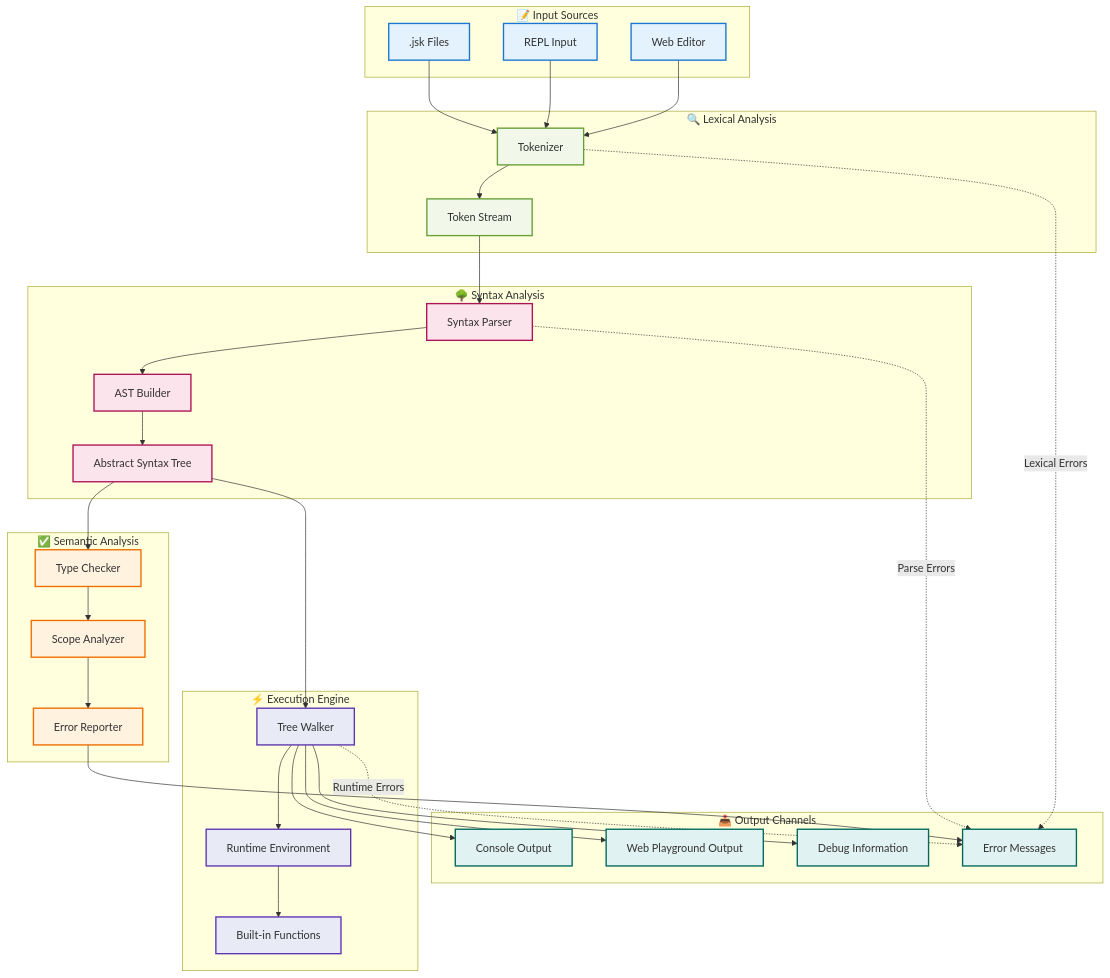
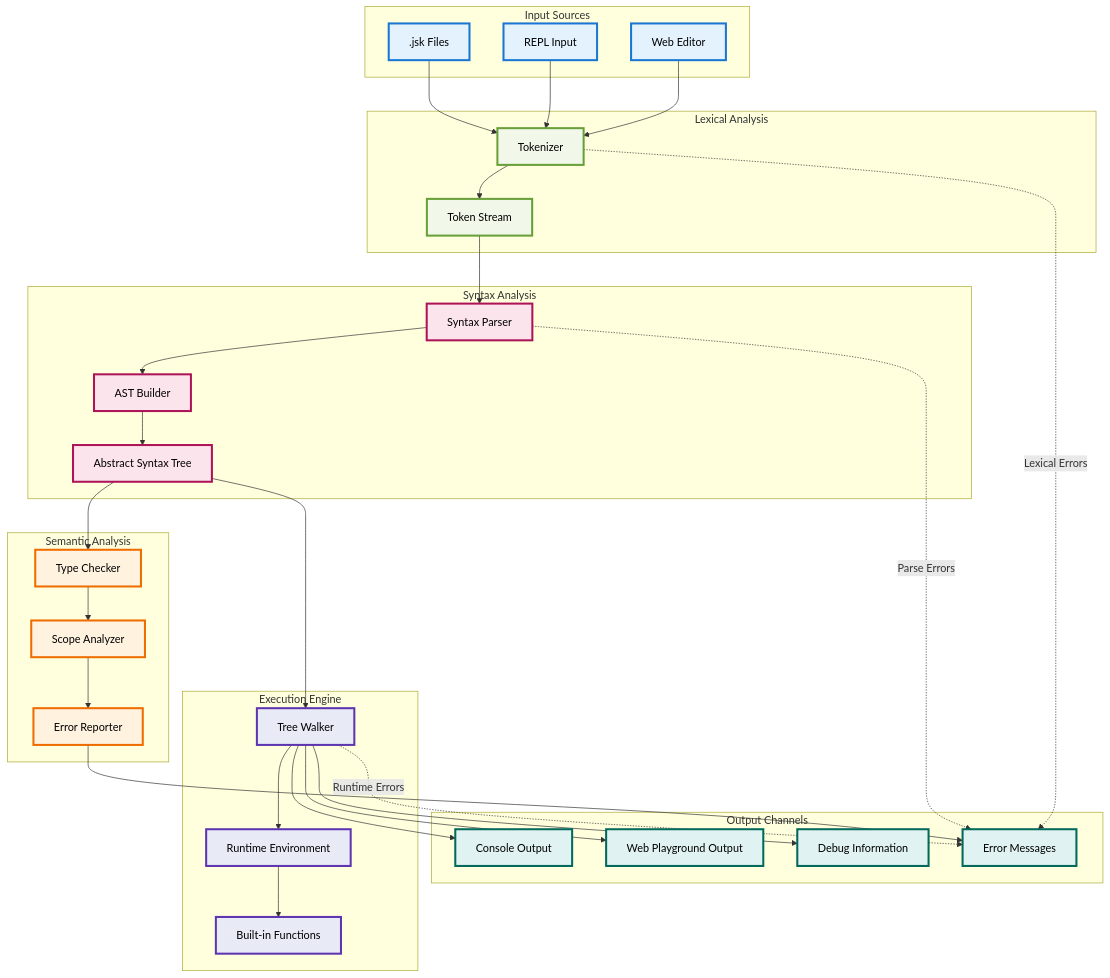
Before and after one commit to sanketmuchhala/Gujju.py: the second of 4 diagrams in README.md, drawn with Mermaid. The commit also changed other lines of this file, not shown here.

First line of the commit message:
Fix Mermaid diagram visibility and remove emojis for better readability

````diff
--- a/README.md
+++ b/README.md
@@ -115,82 +115,82 @@
 ```mermaid
 flowchart TD
-    subgraph "📝 Input Sources"
+    subgraph "Input Sources"
         File[".jsk Files"]
         REPL_Input[REPL Input]
         Web_Editor[Web Editor]
     end
 
-    subgraph "🔍 Lexical Analysis"
+    subgraph "Lexical Analysis"
         Tokenizer[Tokenizer]
         TokenStream[Token Stream]
     end
 
-    subgraph "🌳 Syntax Analysis"
+    subgraph "Syntax Analysis"
         SyntaxParser[Syntax Parser]
         ASTBuilder[AST Builder]
         SyntaxTree[Abstract Syntax Tree]
     end
 
-    subgraph "✅ Semantic Analysis"
+    subgraph "Semantic Analysis"
         TypeChecker[Type Checker]
         ScopeAnalyzer[Scope Analyzer]
         ErrorReporter[Error Reporter]
     end
 
-    subgraph "⚡ Execution Engine"
+    subgraph "Execution Engine"
         TreeWalker[Tree Walker]
         RuntimeEnv[Runtime Environment]
         BuiltinFunctions[Built-in Functions]
     end
 
-    subgraph "📤 Output Channels"
+    subgraph "Output Channels"
         Console[Console Output]
         WebOutput[Web Playground Output]
         ErrorOutput[Error Messages]
         DebugInfo[Debug Information]
     end
 
     %% Data Flow
     File --> Tokenizer
     REPL_Input --> Tokenizer
     Web_Editor --> Tokenizer
 
     Tokenizer --> TokenStream
     TokenStream --> SyntaxParser
 
     SyntaxParser --> ASTBuilder
     ASTBuilder --> SyntaxTree
 
     SyntaxTree --> TypeChecker
     TypeChecker --> ScopeAnalyzer
     ScopeAnalyzer --> ErrorReporter
 
     SyntaxTree --> TreeWalker
     TreeWalker --> RuntimeEnv
     RuntimeEnv --> BuiltinFunctions
 
     TreeWalker --> Console
     TreeWalker --> WebOutput
     ErrorReporter --> ErrorOutput
     TreeWalker --> DebugInfo
 
     %% Error handling flows
     Tokenizer -.->|Lexical Errors| ErrorOutput
     SyntaxParser -.->|Parse Errors| ErrorOutput
     TreeWalker -.->|Runtime Errors| ErrorOutput
 
     %% Styling
-    classDef input fill:#e3f2fd,stroke:#1976d2,stroke-width:2px
-    classDef lexical fill:#f1f8e9,stroke:#689f38,stroke-width:2px
-    classDef syntax fill:#fce4ec,stroke:#ad1457,stroke-width:2px
-    classDef semantic fill:#fff3e0,stroke:#ef6c00,stroke-width:2px
-    classDef execution fill:#e8eaf6,stroke:#5e35b1,stroke-width:2px
-    classDef output fill:#e0f2f1,stroke:#00695c,stroke-width:2px
+    classDef input fill:#e3f2fd,stroke:#1976d2,stroke-width:3px,color:#000
+    classDef lexical fill:#f1f8e9,stroke:#689f38,stroke-width:3px,color:#000
+    classDef syntax fill:#fce4ec,stroke:#ad1457,stroke-width:3px,color:#000
+    classDef semantic fill:#fff3e0,stroke:#ef6c00,stroke-width:3px,color:#000
+    classDef execution fill:#e8eaf6,stroke:#5e35b1,stroke-width:3px,color:#000
+    classDef output fill:#e0f2f1,stroke:#00695c,stroke-width:3px,color:#000
 
     class File,REPL_Input,Web_Editor input
     class Tokenizer,TokenStream lexical
     class SyntaxParser,ASTBuilder,SyntaxTree syntax
     class TypeChecker,ScopeAnalyzer,ErrorReporter semantic
     class TreeWalker,RuntimeEnv,BuiltinFunctions execution
     class Console,WebOutput,ErrorOutput,DebugInfo output
 ```
````
